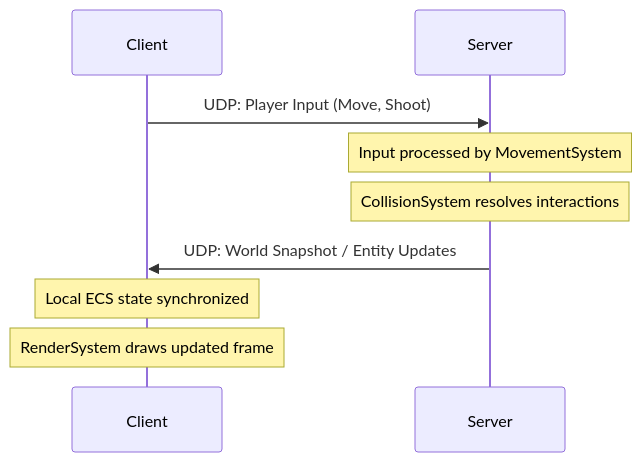
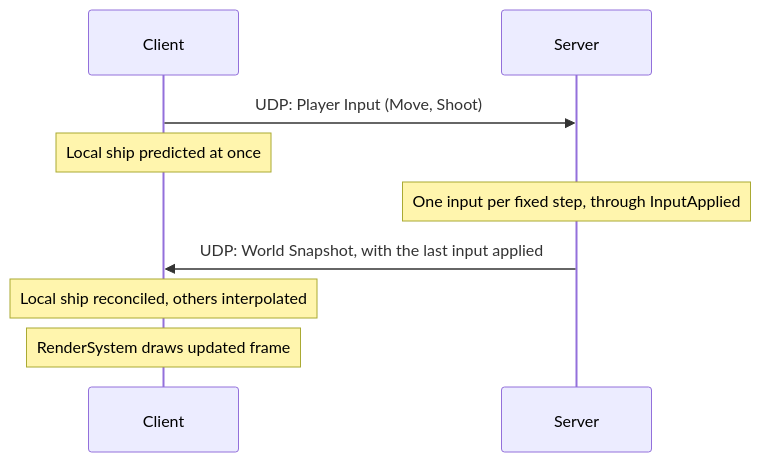
The second of 2 diagrams in docs/architecture/overview.md (Matt4401/Mirror-Rtype), drawn with Mermaid before and after one commit. The commit also changed other lines of this file and 11 other files, not shown here.

````diff
--- a/docs/architecture/overview.md
+++ b/docs/architecture/overview.md
@@ -66,12 +82,12 @@
 ```mermaid
 sequenceDiagram
     participant Client
     participant Server
 
     Client->>Server: UDP: Player Input (Move, Shoot)
-    Note over Server: Input processed by MovementSystem
-    Note over Server: CollisionSystem resolves interactions
-    Server->>Client: UDP: World Snapshot / Entity Updates
-    Note over Client: Local ECS state synchronized
+    Note over Client: Local ship predicted at once
+    Note over Server: One input per fixed step, through InputApplied
+    Server->>Client: UDP: World Snapshot, with the last input applied
+    Note over Client: Local ship reconciled, others interpolated
     Note over Client: RenderSystem draws updated frame
 ```
````
